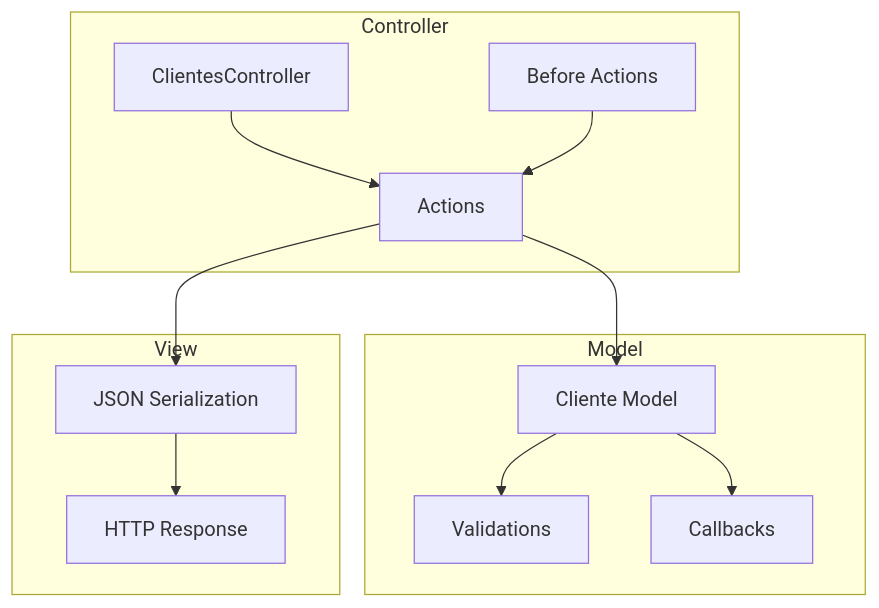
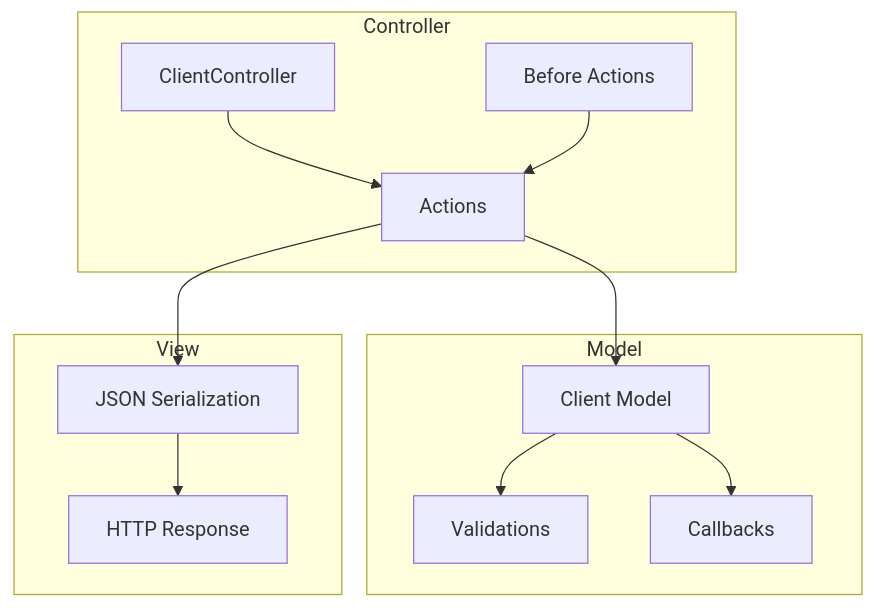
The fourth of 5 diagrams in docs/arquitectura.md (mailo2202/prueba-tecnica-double-v), drawn with Mermaid before and after one commit. The commit also changed other lines of this file and 69 other files, not shown here.

````diff
--- a/docs/arquitectura.md
+++ b/docs/arquitectura.md
@@ -128,27 +128,27 @@
 ```mermaid
 graph TB
     subgraph "Model"
-        CLIENTE[Cliente Model]
+        CLIENT[Client Model]
         VALIDATIONS[Validations]
         CALLBACKS[Callbacks]
     end
     
     subgraph "View"
         JSON[JSON Serialization]
         RESPONSE[HTTP Response]
     end
     
     subgraph "Controller"
-        CTRL[ClientesController]
+        CTRL[ClientController]
         ACTIONS[Actions]
         FILTERS[Before Actions]
     end
     
     CTRL --> ACTIONS
-    ACTIONS --> CLIENTE
-    CLIENTE --> VALIDATIONS
-    CLIENTE --> CALLBACKS
+    ACTIONS --> CLIENT
+    CLIENT --> VALIDATIONS
+    CLIENT --> CALLBACKS
     ACTIONS --> JSON
     JSON --> RESPONSE
     FILTERS --> ACTIONS
 ```
````
